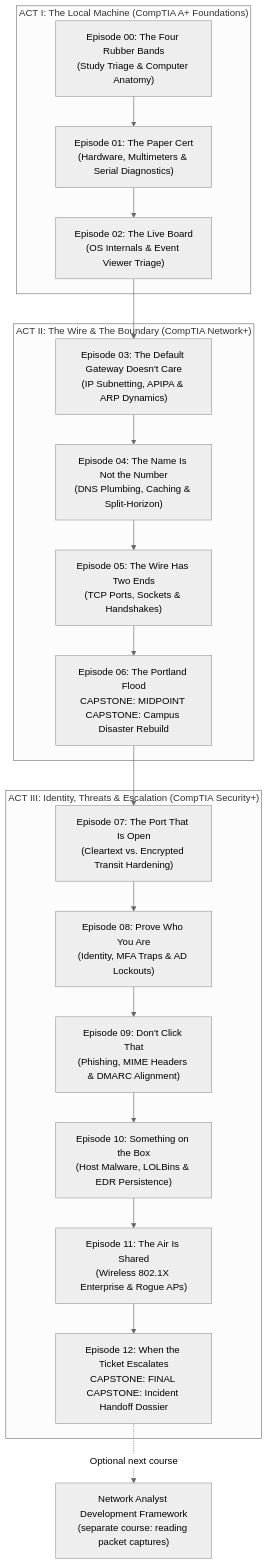
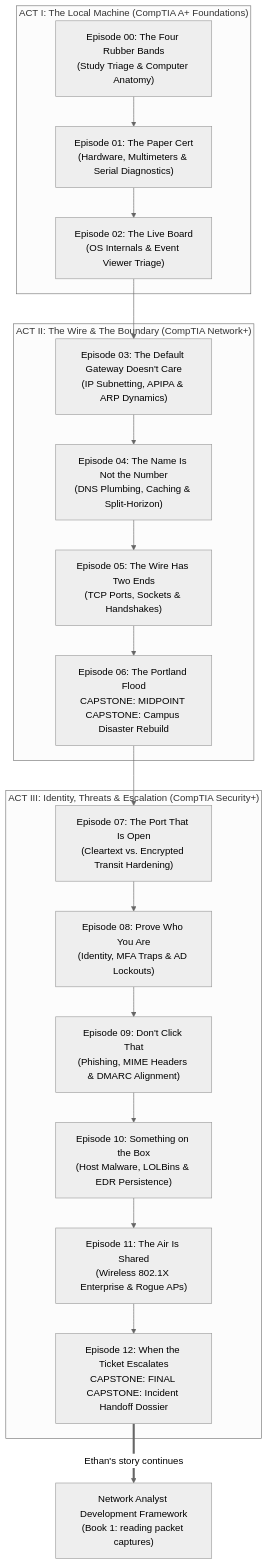
The diagram in portland-desk/README.md (cwarloe/learning-narrative-kit), drawn with Mermaid (neutral theme) before and after one commit. The commit also changed other lines of this file and 112 other files, not shown here.

First line of the commit message:
Continuity with NADF: Ethan Mercer, Jules Brooks; restore the bridge

````diff
--- a/portland-desk/README.md
+++ b/portland-desk/README.md
@@ -26,29 +26,29 @@
 ```mermaid
 flowchart TD
     subgraph Act_I["ACT I: The Local Machine (CompTIA A+ Foundations)"]
         M00["Episode 00: The Four Rubber Bands<br/>(Study Triage & Computer Anatomy)"]
         M01["Episode 01: The Paper Cert<br/>(Hardware, Multimeters & Serial Diagnostics)"]
         M02["Episode 02: The Live Board<br/>(OS Internals & Event Viewer Triage)"]
         M00 --> M01 --> M02
     end
 
     subgraph Act_II["ACT II: The Wire & The Boundary (CompTIA Network+)"]
         M03["Episode 03: The Default Gateway Doesn't Care<br/>(IP Subnetting, APIPA & ARP Dynamics)"]
         M04["Episode 04: The Name Is Not the Number<br/>(DNS Plumbing, Caching & Split-Horizon)"]
         M05["Episode 05: The Wire Has Two Ends<br/>(TCP Ports, Sockets & Handshakes)"]
         M06["Episode 06: The Portland Flood<br/>CAPSTONE: MIDPOINT CAPSTONE: Campus Disaster Rebuild"]
         M02 --> M03 --> M04 --> M05 --> M06
     end
 
     subgraph Act_III["ACT III: Identity, Threats & Escalation (CompTIA Security+)"]
         M07["Episode 07: The Port That Is Open<br/>(Cleartext vs. Encrypted Transit Hardening)"]
         M08["Episode 08: Prove Who You Are<br/>(Identity, MFA Traps & AD Lockouts)"]
         M09["Episode 09: Don't Click That<br/>(Phishing, MIME Headers & DMARC Alignment)"]
         M10["Episode 10: Something on the Box<br/>(Host Malware, LOLBins & EDR Persistence)"]
         M11["Episode 11: The Air Is Shared<br/>(Wireless 802.1X Enterprise & Rogue APs)"]
         M12["Episode 12: When the Ticket Escalates<br/>CAPSTONE: FINAL CAPSTONE: Incident Handoff Dossier"]
         M06 --> M07 --> M08 --> M09 --> M10 --> M11 --> M12
     end
 
-    M12 -.->|"Optional next course"| NADF["Network Analyst Development Framework<br/>(separate course: reading packet captures)"]
+    M12 ==>|"Ethan's story continues"| NADF["Network Analyst Development Framework<br/>(Book 1: reading packet captures)"]
 ```
````
